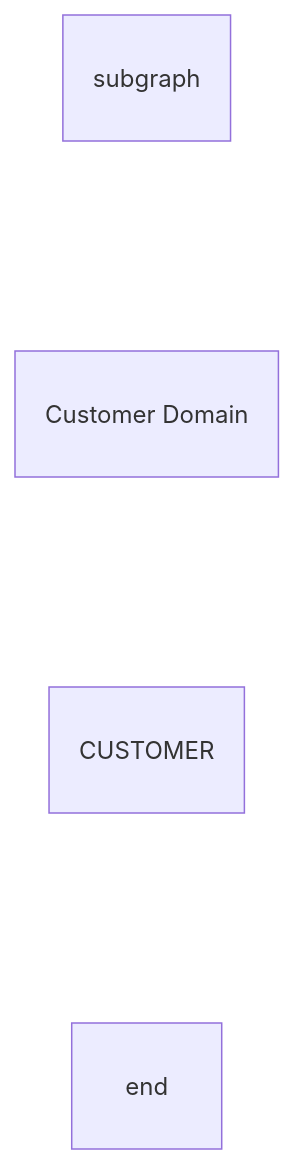
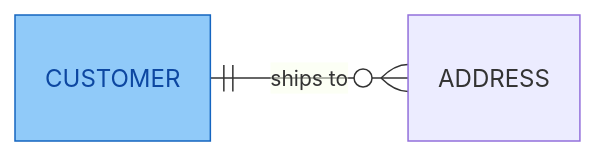
The fourth of 4 diagrams in mastery-of-mermaid/references/erd.md (flatrick/agent-skills), drawn with Mermaid before and after one commit. The commit also changed other lines of this file and 5 other files, not shown here.

````diff
--- a/mastery-of-mermaid/references/erd.md
+++ b/mastery-of-mermaid/references/erd.md
@@ -93,7 +93,8 @@
 ```mermaid
 erDiagram
     direction LR
-    subgraph "Customer Domain"
-        CUSTOMER
-    end
+    classDef core fill:#90caf9,stroke:#1565c0,color:#0d47a1
+
+    CUSTOMER ||--o{ ADDRESS : "ships to"
+    CUSTOMER:::core
 ```
````
